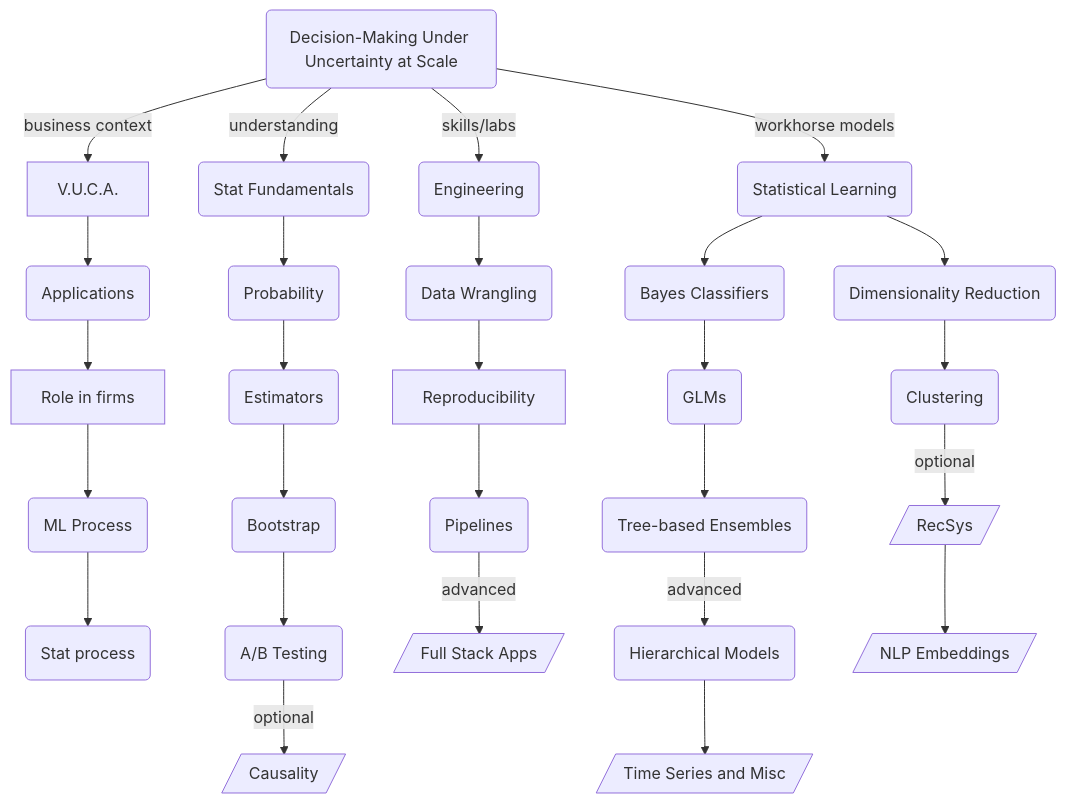
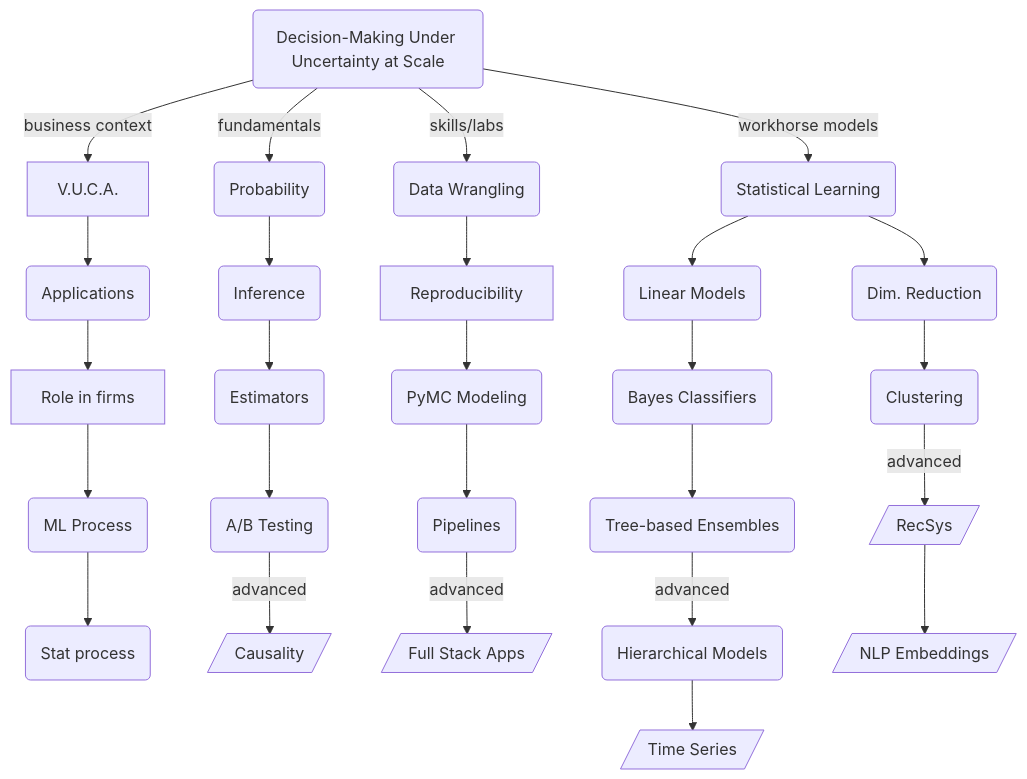
One commit to Bizovi/decision-making-website changed the diagram in course_book/roadmap.qmd. Above: the diagram before and after it, drawn with Mermaid. The commit also changed other lines of this file and 10 other files, not shown here.

Commit message:
Split background into 3 pages and update roadmap

````diff
--- a/course_book/roadmap.qmd
+++ b/course_book/roadmap.qmd
@@ -19,19 +45,19 @@
 ```{mermaid}
 %%| label: fig-mermaid
 %%| fig-width: 9
 %%| fig-cap: |
 %%|   Don't let the sheer diversity and breadth of topics intimidate you, 
 %%|   as we'll go step by step through each aspect, explaining the why and how.
 %%|   In one way or another, there is little you haven't seen here, however the way
 %%|   we tie it all together IS challenging.
 
 flowchart TD
-  DSc(Decision-Making Under Uncertainty at Scale) -- understanding  --> Stat(Stat Fundamentals) 
+  DSc(Decision-Making Under Uncertainty at Scale) -- fundamentals  --> Prob(Probability)
   DSc -- business context  --> VUCA[V.U.C.A.] --> App(Applications) --> R[Role in firms] --> PML(ML Process) --> PS(Stat process)
-  Stat --> Prob(Probability) --> Es(Estimators) --> Boot(Bootstrap) --> AB(A/B Testing) -- optional --> ExpD[/Causality/]
+  Prob(Probability) -->  Boot(Inference) --> Es(Estimators) --> AB(A/B Testing) -- advanced --> ExpD[/Causality/]
 
-  DSc -- skills/labs  --> Eng(Engineering) --> Data(Data Wrangling) --> Repr[Reproducibility] --> Pipe(Pipelines) -- advanced --> FS[/Full Stack Apps/]
-  ML --> Class(Bayes Classifiers) --> GLM(GLMs) --> T(Tree-based Ensembles) -- advanced --> Caus(Hierarchical Models) --> Misc[/Time Series and Misc/]
+  DSc -- skills/labs  --> Data(Data Wrangling)  --> Repr[Reproducibility] --> Pymc(PyMC Modeling) --> Pipe(Pipelines) -- advanced --> FS[/Full Stack Apps/]
+  ML -->  GLM(Linear Models) --> Class(Bayes Classifiers)  --> T(Tree-based Ensembles) -- advanced --> Caus(Hierarchical Models) --> Misc[/Time Series/]
 
-  DSc -- workhorse models  --> ML(Statistical Learning) --> Unsup(Dimensionality Reduction) --> Clust(Clustering) -- optional --> RS[/RecSys/] --> Text[/NLP Embeddings/]
+  DSc -- workhorse models  --> ML(Statistical Learning) --> Unsup(Dim. Reduction) --> Clust(Clustering) -- advanced --> RS[/RecSys/] --> Text[/NLP Embeddings/]
 ```
````
